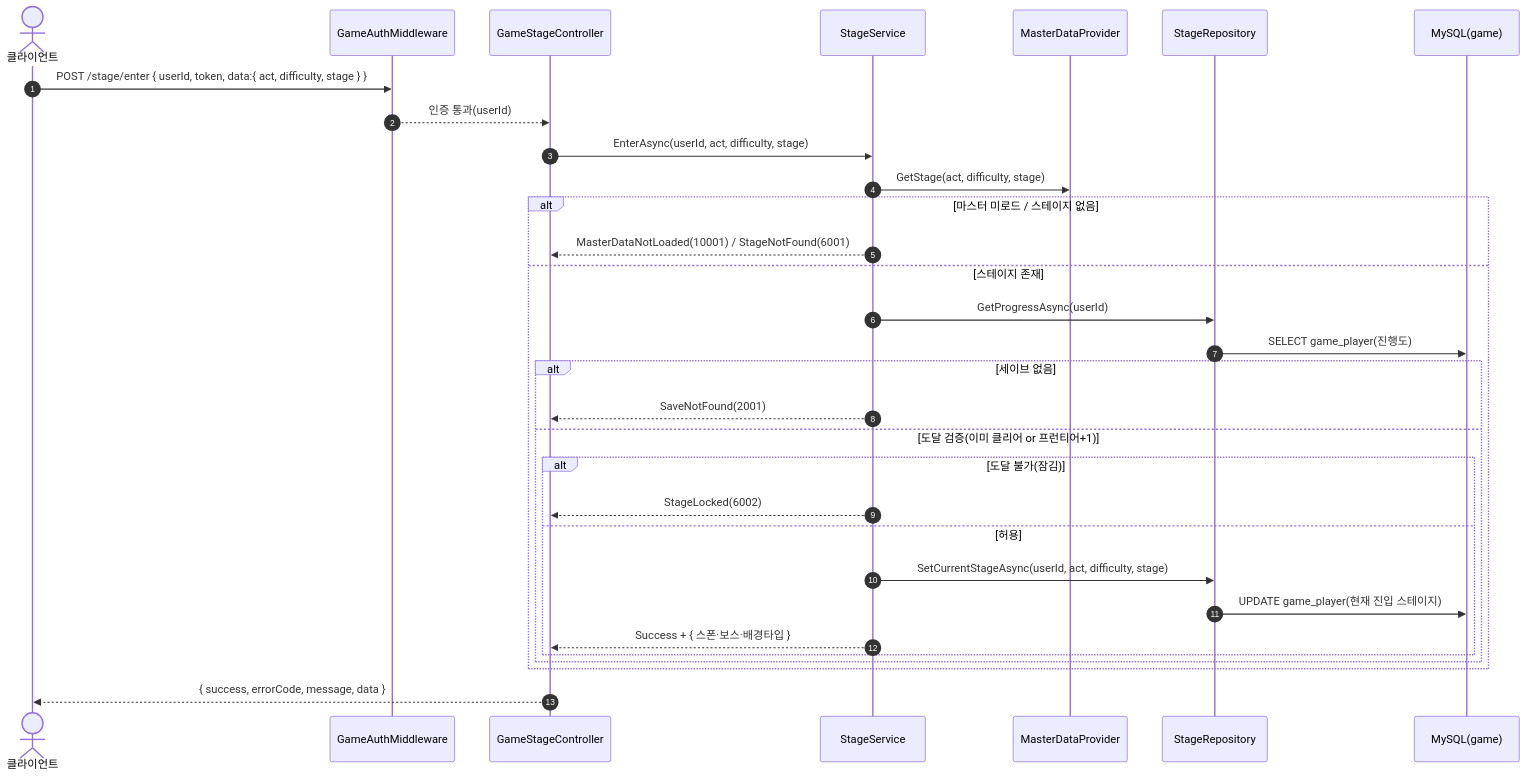
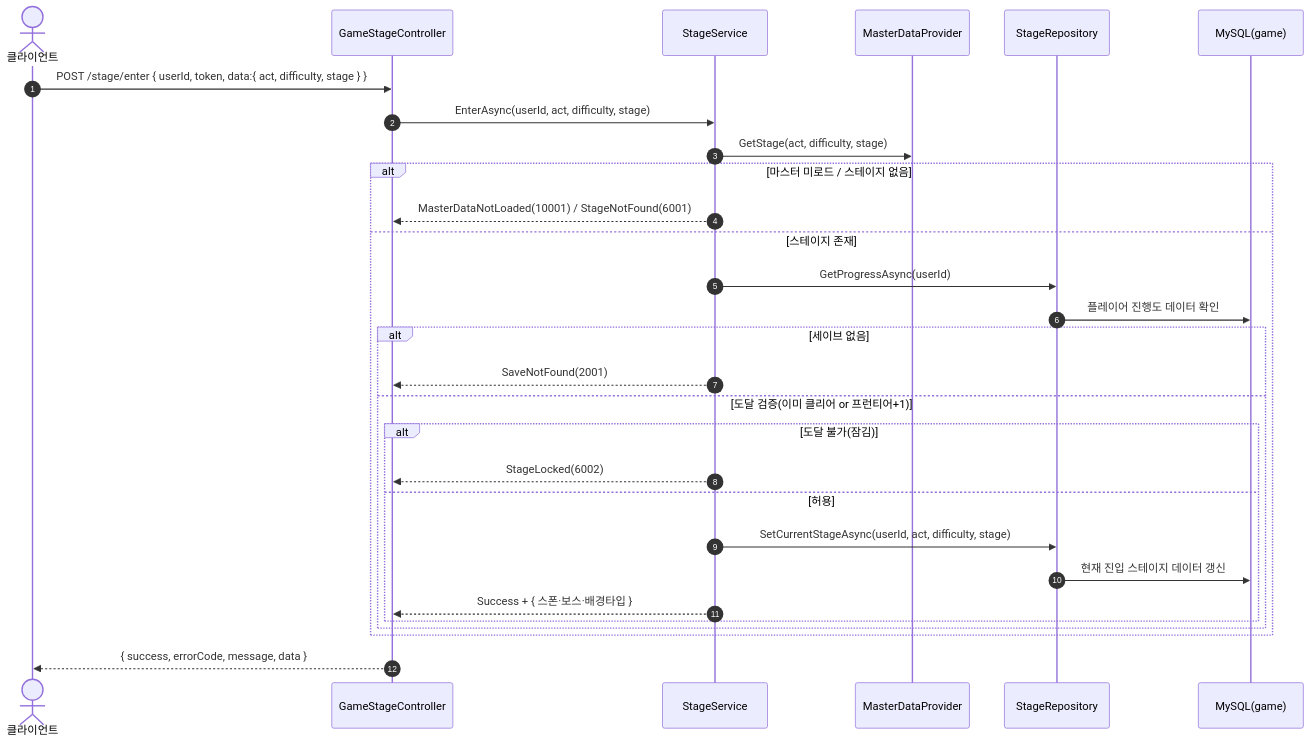
One commit to ks-wook/com2us-taskbar-hero changed the first of 2 diagrams in SequenceDiagram/GameStageController.md. Above: the diagram before and after it, drawn with Mermaid. The commit also changed other lines of this file and 7 other files, not shown here.

Commit message:
시퀀스 다이어그램 수정

````diff
--- a/SequenceDiagram/GameStageController.md
+++ b/SequenceDiagram/GameStageController.md
@@ -9,34 +9,32 @@
 ```mermaid
 sequenceDiagram
     autonumber
     actor C as 클라이언트
-    participant MW as GameAuthMiddleware
     participant Ctrl as GameStageController
     participant Svc as StageService
     participant MD as MasterDataProvider
     participant Repo as StageRepository
     participant DB as MySQL(game)
 
-    C->>MW: POST /stage/enter { userId, token, data:{ act, difficulty, stage } }
-    MW-->>Ctrl: 인증 통과(userId)
+    C->>Ctrl: POST /stage/enter { userId, token, data:{ act, difficulty, stage } }
     Ctrl->>Svc: EnterAsync(userId, act, difficulty, stage)
     Svc->>MD: GetStage(act, difficulty, stage)
     alt 마스터 미로드 / 스테이지 없음
         Svc-->>Ctrl: MasterDataNotLoaded(10001) / StageNotFound(6001)
     else 스테이지 존재
         Svc->>Repo: GetProgressAsync(userId)
-        Repo->>DB: SELECT game_player(진행도)
+        Repo->>DB: 플레이어 진행도 데이터 확인
         alt 세이브 없음
             Svc-->>Ctrl: SaveNotFound(2001)
         else 도달 검증(이미 클리어 or 프런티어+1)
             alt 도달 불가(잠김)
                 Svc-->>Ctrl: StageLocked(6002)
             else 허용
                 Svc->>Repo: SetCurrentStageAsync(userId, act, difficulty, stage)
-                Repo->>DB: UPDATE game_player(현재 진입 스테이지)
+                Repo->>DB: 현재 진입 스테이지 데이터 갱신
                 Svc-->>Ctrl: Success + { 스폰·보스·배경타입 }
             end
         end
     end
     Ctrl-->>C: { success, errorCode, message, data }
 ```
````
